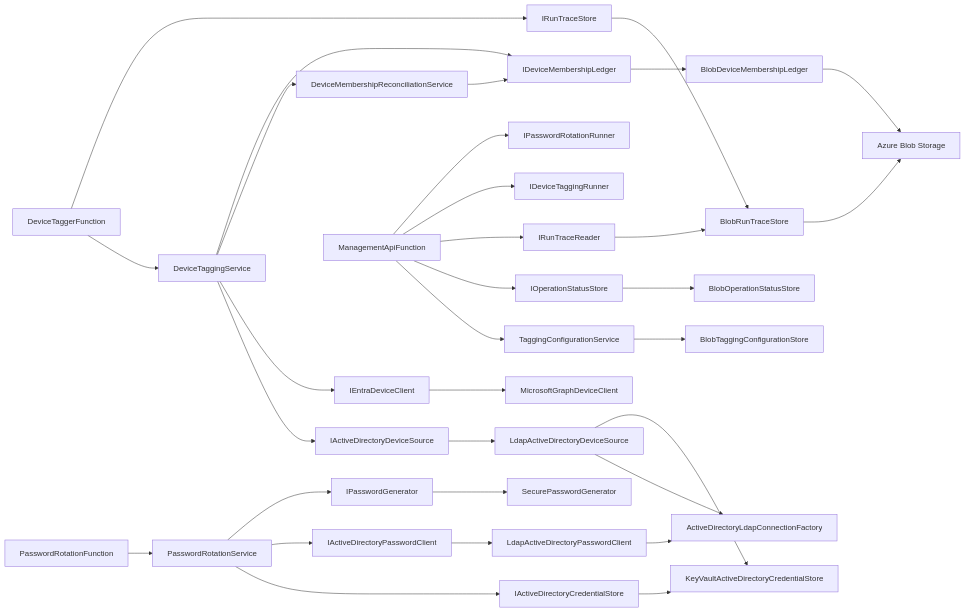
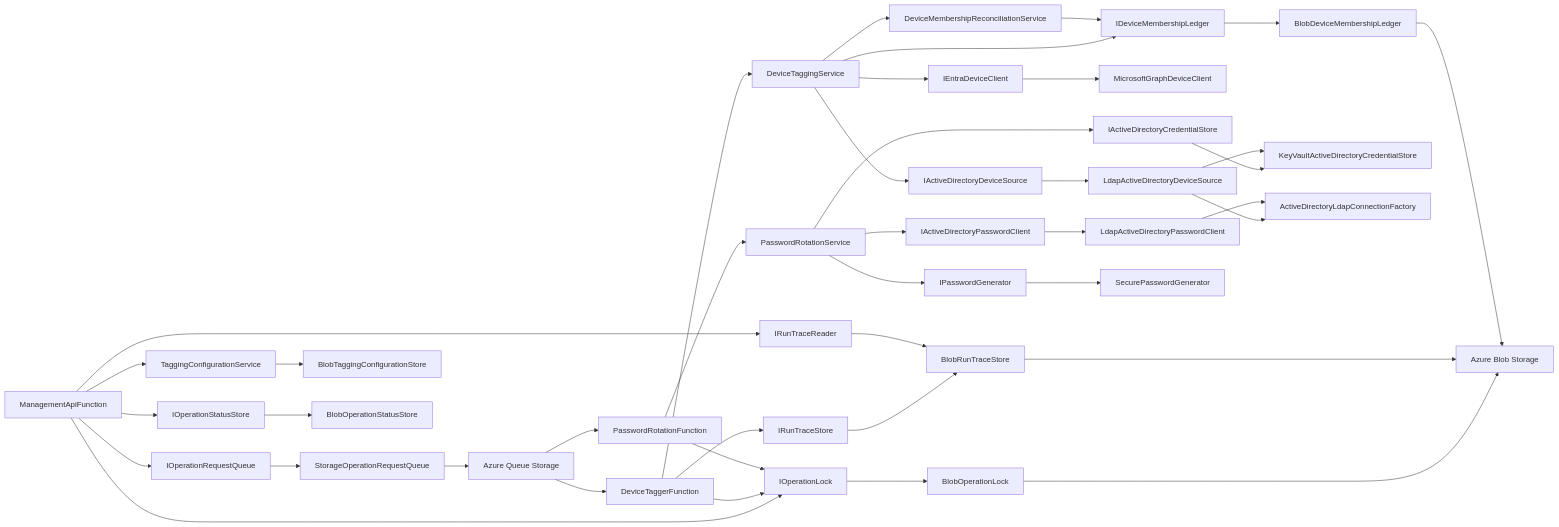
Before and after one commit to Kili69/HybridDeviceTagger: the first of 3 diagrams in DEVELOPER.md, drawn with Mermaid. The commit also changed other lines of this file and 67 other files, not shown here.

````diff
--- a/DEVELOPER.md
+++ b/DEVELOPER.md
@@ -56,37 +73,45 @@
 ```mermaid
 flowchart LR
     DT[DeviceTaggerFunction] --> DTS[DeviceTaggingService]
     DT --> RTS[IRunTraceStore]
     RTS --> BRT[BlobRunTraceStore]
     DTS --> ADS[IActiveDirectoryDeviceSource]
     ADS --> LDAP[LdapActiveDirectoryDeviceSource]
     DTS --> EDC[IEntraDeviceClient]
     EDC --> GRAPH[MicrosoftGraphDeviceClient]
     DTS --> DMR[DeviceMembershipReconciliationService]
     DTS --> DML[IDeviceMembershipLedger]
     DMR --> DML
     DML --> BDML[BlobDeviceMembershipLedger]
 
     API[ManagementApiFunction] --> TCS[TaggingConfigurationService]
     API --> OSS[IOperationStatusStore]
     API --> RTR[IRunTraceReader]
-    API --> DTR[IDeviceTaggingRunner]
-    API --> PRR[IPasswordRotationRunner]
+    API --> OL[IOperationLock]
+    API --> ORQ[IOperationRequestQueue]
+    ORQ --> SQ[StorageOperationRequestQueue]
+    SQ --> QUEUE[Azure Queue Storage]
+    QUEUE --> DT
+    QUEUE --> RT
+    DT --> OL
+    RT --> OL
+    OL --> BOL[BlobOperationLock]
+    BOL --> BLOB
     TCS --> BTC[BlobTaggingConfigurationStore]
     OSS --> BOS[BlobOperationStatusStore]
     RTR --> BRT
 
     RT[PasswordRotationFunction] --> PRS[PasswordRotationService]
     PRS --> CS[IActiveDirectoryCredentialStore]
     CS --> KV[KeyVaultActiveDirectoryCredentialStore]
     PRS --> PC[IActiveDirectoryPasswordClient]
     PC --> LPC[LdapActiveDirectoryPasswordClient]
     PRS --> PG[IPasswordGenerator]
     PG --> SPG[SecurePasswordGenerator]
 
     LDAP --> LCF[ActiveDirectoryLdapConnectionFactory]
     LPC --> LCF
     LDAP --> KV
     BRT --> BLOB[Azure Blob Storage]
     BDML --> BLOB
 ```
````
